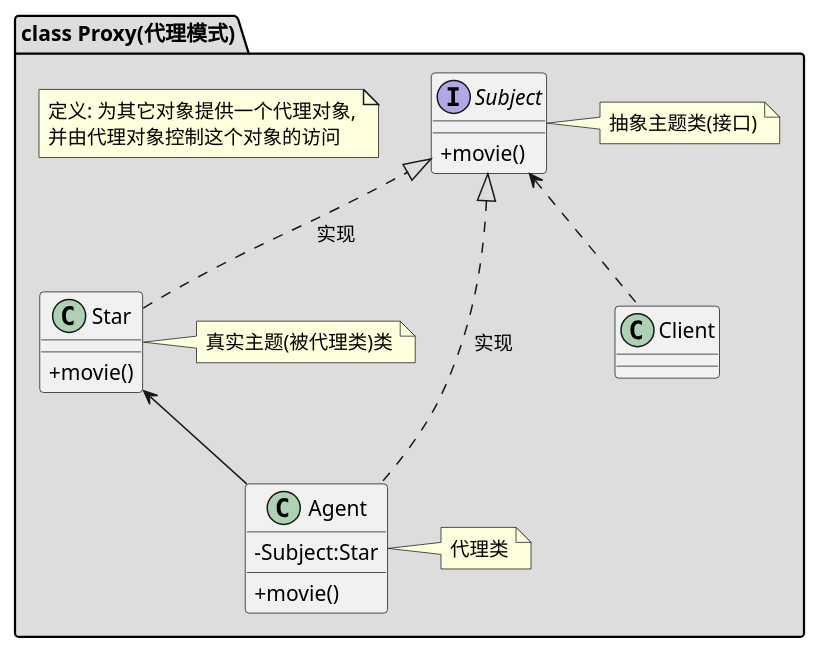
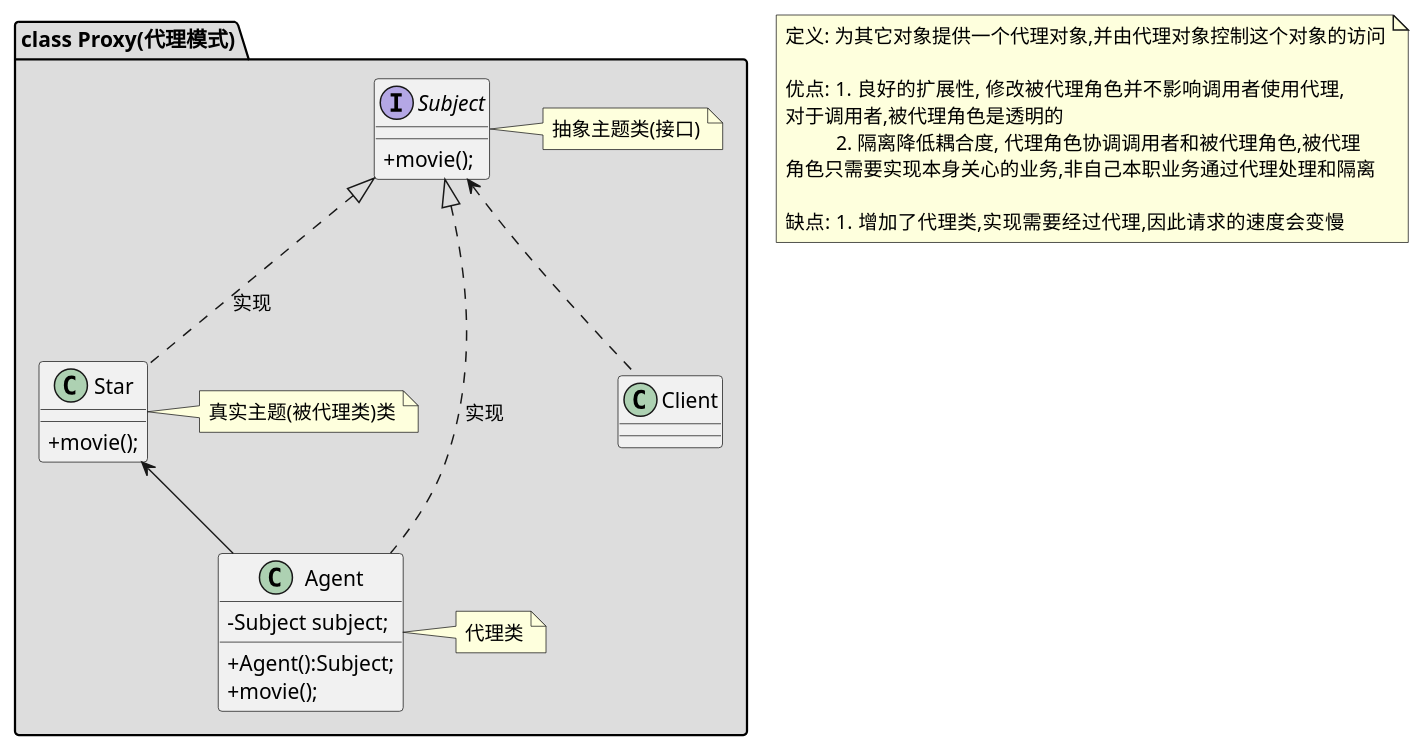
Before and after one commit to JinHuan1996/designpatterns: the diagram in src/main/java/design/proxy/Proxy.puml, drawn with PlantUML. The commit also changed 3 other files, not shown here.

Commit message:
修改类图的说明方式

```diff
--- a/src/main/java/design/proxy/Proxy.puml
+++ b/src/main/java/design/proxy/Proxy.puml
@@ -1,33 +1,43 @@
 @startuml
 skinparam classAttributeIconSize 0
 
 package "class Proxy(代理模式)" #DDDDDD {
-    note "定义: 为其它对象提供一个代理对象,\n并由代理对象控制这个对象的访问" as N1
 
     class Client
 
     interface Subject
     {
-    +movie()
+    +movie();
     }
     note right: 抽象主题类(接口)
 
     class Star
     {
-    +movie()
+    +movie();
     }
     note right: 真实主题(被代理类)类
 
     class Agent
     {
-    -Subject:Star
-    +movie()
+    -Subject subject;
+    +Agent():Subject;
+    +movie();
     }
     note right: 代理类
 
     Subject <.. Client
     Subject <|.. Star : 实现
     Subject <|.. Agent : 实现
     Star <-- Agent
 }
+note as N1
+      定义: 为其它对象提供一个代理对象,并由代理对象控制这个对象的访问
+
+      优点:  1. 良好的扩展性, 修改被代理角色并不影响调用者使用代理,
+      对于调用者,被代理角色是透明的
+                2. 隔离降低耦合度, 代理角色协调调用者和被代理角色,被代理
+      角色只需要实现本身关心的业务,非自己本职业务通过代理处理和隔离
+
+      缺点:   1. 增加了代理类,实现需要经过代理,因此请求的速度会变慢
+    end note
 @enduml
```
